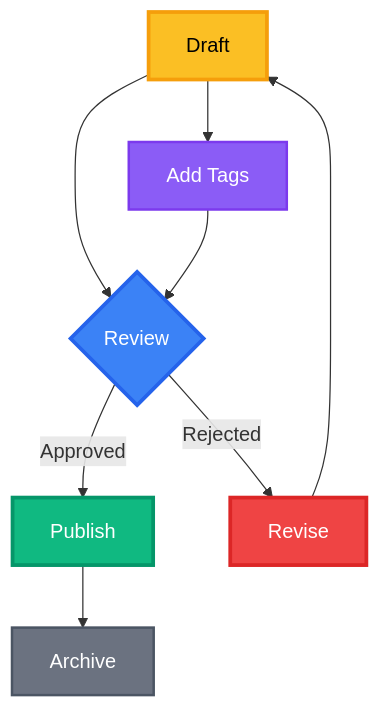
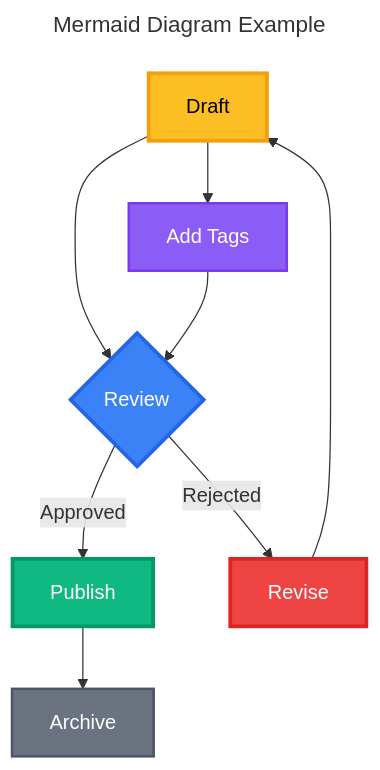
One commit to sizhky/vyasa changed the first of 14 diagrams in vyasa manual/mermaid-diagrams.md. Above: the diagram before and after it, drawn with Mermaid. The commit also changed 5 other files, not shown here.

````diff
--- a/vyasa manual/mermaid-diagrams.md
+++ b/vyasa manual/mermaid-diagrams.md
@@ -7,27 +7,28 @@
 ```mermaid
 ---
+title: "Mermaid Diagram Example"
 width: 45 vw
 ---
 graph TD
     A[Draft] --> B{Review}
     B -->|Approved| C[Publish]
     B -->|Rejected| D[Revise]
     D --> A
     C --> E[Archive]
     A --> F[Add Tags]
     F --> B
     
     classDef draftStyle fill:#fbbf24,stroke:#f59e0b,stroke-width:3px,color:#000
     classDef reviewStyle fill:#3b82f6,stroke:#2563eb,stroke-width:3px,color:#fff
     classDef publishStyle fill:#10b981,stroke:#059669,stroke-width:3px,color:#fff
     classDef reviseStyle fill:#ef4444,stroke:#dc2626,stroke-width:3px,color:#fff
     classDef archiveStyle fill:#6b7280,stroke:#4b5563,stroke-width:2px,color:#fff
     classDef tagStyle fill:#8b5cf6,stroke:#7c3aed,stroke-width:2px,color:#fff
     
     class A draftStyle
     class B reviewStyle
     class C publishStyle
     class D reviseStyle
     class E archiveStyle
     class F tagStyle
 ```
````
